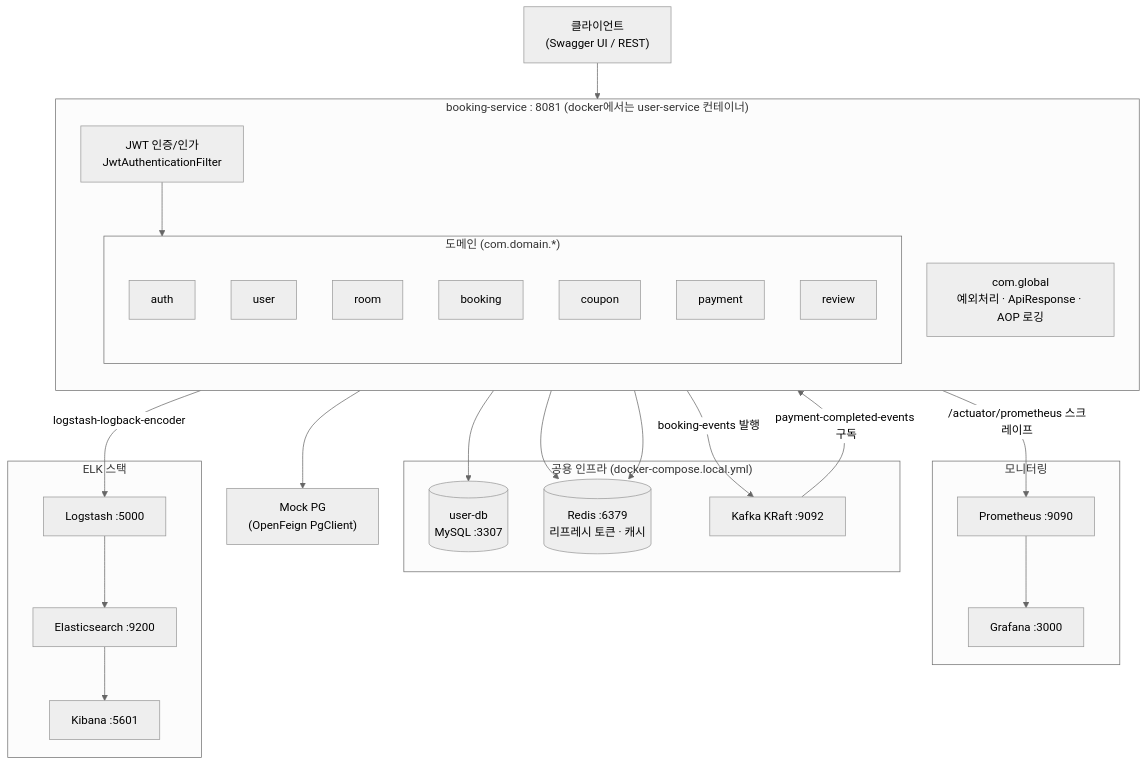
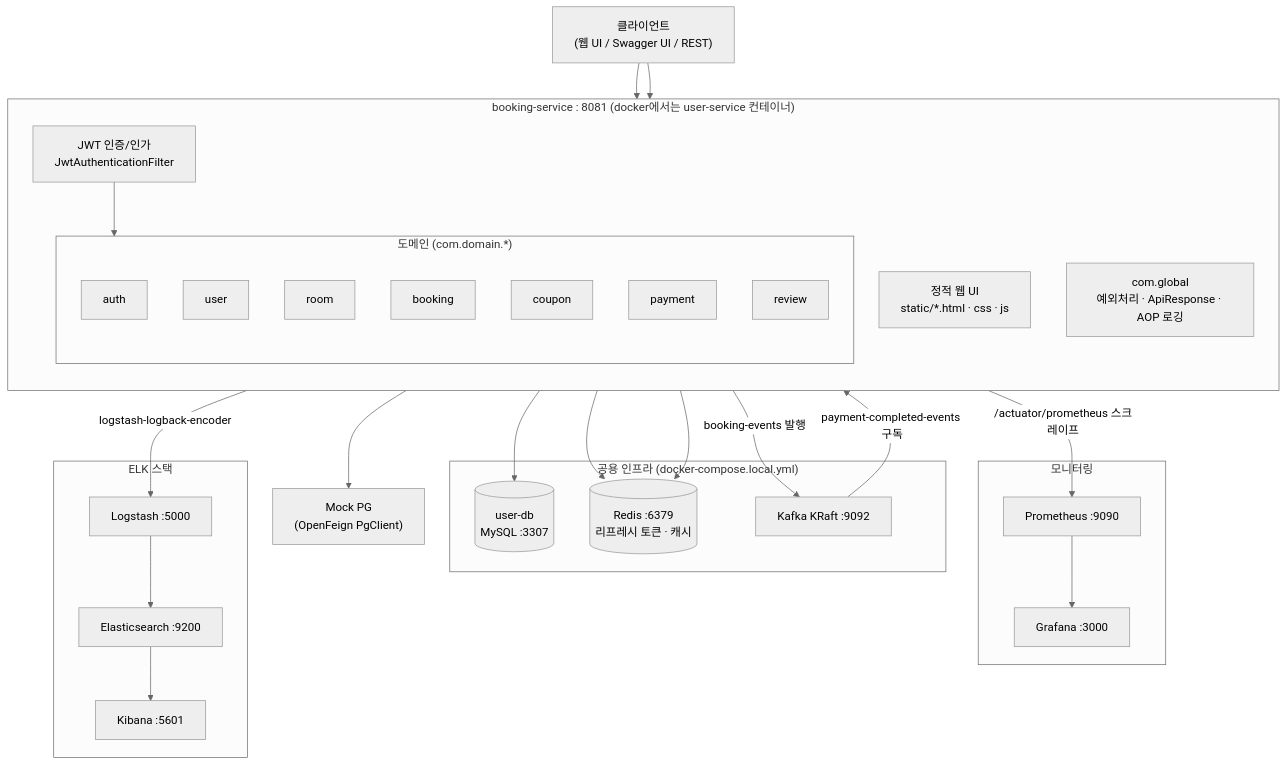
The first of 2 diagrams in README.md (saama/sparta), drawn with Mermaid (neutral theme) before and after one commit. The commit also changed other lines of this file, not shown here.

````diff
--- a/README.md
+++ b/README.md
@@ -47,51 +49,53 @@
 ```mermaid
 flowchart TB
-    Client["클라이언트<br/>(Swagger UI / REST)"]
+    Client["클라이언트<br/>(웹 UI / Swagger UI / REST)"]
 
     subgraph App["booking-service : 8081 (docker에서는 user-service 컨테이너)"]
         direction TB
+        Static["정적 웹 UI<br/>static/*.html · css · js"]
         Security["JWT 인증/인가<br/>JwtAuthenticationFilter"]
         subgraph Domains["도메인 (com.domain.*)"]
             Auth["auth"]
             User["user"]
             Room["room"]
             Booking["booking"]
             Coupon["coupon"]
             Payment["payment"]
             Review["review"]
         end
         Global["com.global<br/>예외처리 · ApiResponse · AOP 로깅"]
     end
 
     PG["Mock PG<br/>(OpenFeign PgClient)"]
 
     subgraph Infra["공용 인프라 (docker-compose.local.yml)"]
         UserDB[("user-db<br/>MySQL :3307")]
         Redis[("Redis :6379<br/>리프레시 토큰 · 캐시")]
         Kafka["Kafka KRaft :9092"]
     end
 
     subgraph Monitoring["모니터링"]
         Prometheus["Prometheus :9090"]
         Grafana["Grafana :3000"]
     end
 
     subgraph ELK["ELK 스택"]
         Logstash["Logstash :5000"]
         ES["Elasticsearch :9200"]
         Kibana["Kibana :5601"]
     end
 
+    Client --> Static
     Client --> Security --> Domains
     Domains --> UserDB
     Auth --> Redis
     Room --> Redis
     Payment --> PG
     Booking -- "booking-events 발행" --> Kafka
     Kafka -- "payment-completed-events 구독" --> Payment
 
     App -- "/actuator/prometheus 스크레이프" --> Prometheus
     Prometheus --> Grafana
     App -- "logstash-logback-encoder" --> Logstash
     Logstash --> ES --> Kibana
 ```
````
